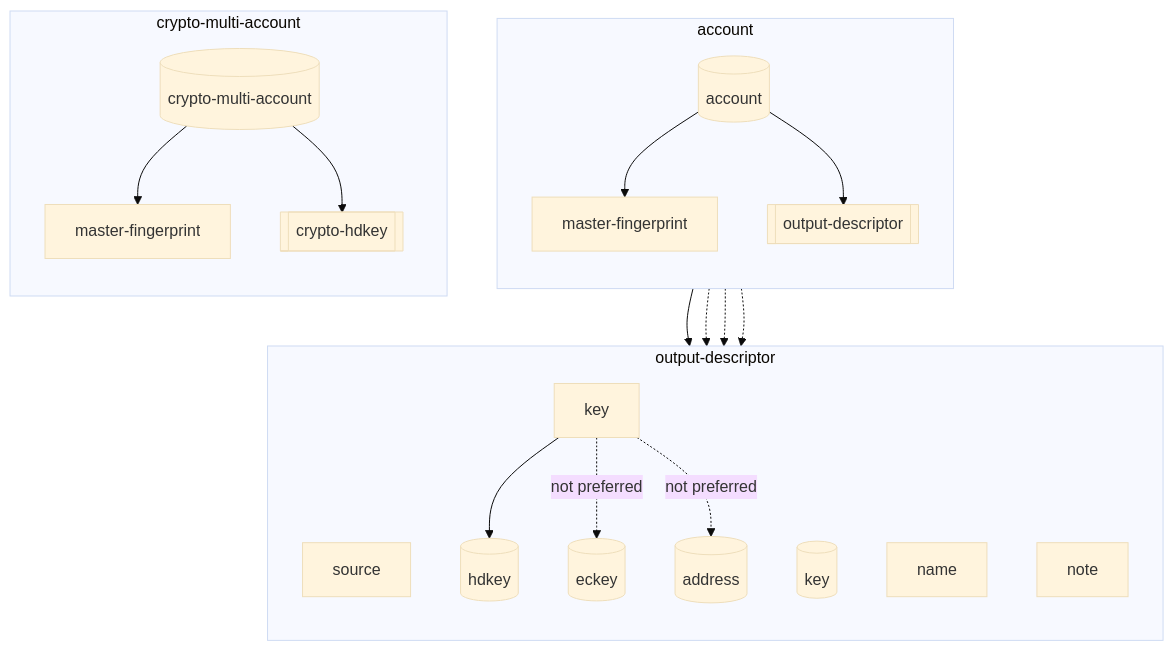
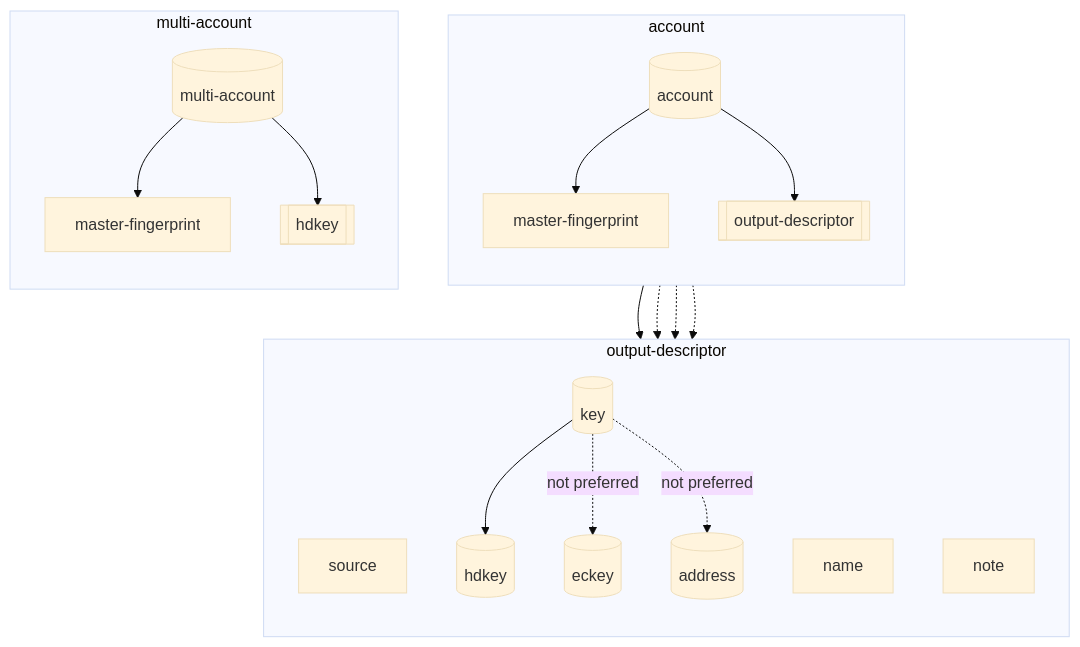
The third of 4 diagrams in papers/nbcr-2023-002-multi-layer-sync.md (ngraveio/Research), drawn with Mermaid (base theme) before and after one commit. The commit also changed other lines of this file, not shown here.

Commit message:
NBCR-2023-002: Update crypto-multi-accounts to use new UR type version

````diff
--- a/papers/nbcr-2023-002-multi-layer-sync.md
+++ b/papers/nbcr-2023-002-multi-layer-sync.md
@@ -335,28 +336,28 @@
 ```mermaid
 flowchart TB  
 	%% account breakdown
 	subgraph account
     direction TB
 	Acc[(account)] --> MF2[master-fingerprint]
 	Acc --> out[[output-descriptor]]
 	end
 
 	%% output-descriptor breakdown
 	subgraph output-descriptor
     direction TB
     out --> source
 	out -.-> keys[(key)]
     out -.-> name
     out -.-> note
-    key --> HD2[(hdkey)]
-    key -.-> |not preferred| ec[(eckey)]
-    key -.-> |not preferred| add[(address)]
+    keys --> HD2[(hdkey)]
+    keys -.-> |not preferred| ec[(eckey)]
+    keys -.-> |not preferred| add[(address)]
 	end
 
-	%% crypto-multi-account breakdown
-	subgraph crypto-multi-account
+	%% multi-account breakdown
+	subgraph multi-account
     direction TB
-	Mult[(crypto-multi-account)] --> MF3[master-fingerprint]
-	Mult --> HD3[[crypto-hdkey]]
+	Mult[(multi-account)] --> MF3[master-fingerprint]
+	Mult --> HD3[[hdkey]]
 	end
 ```
````
